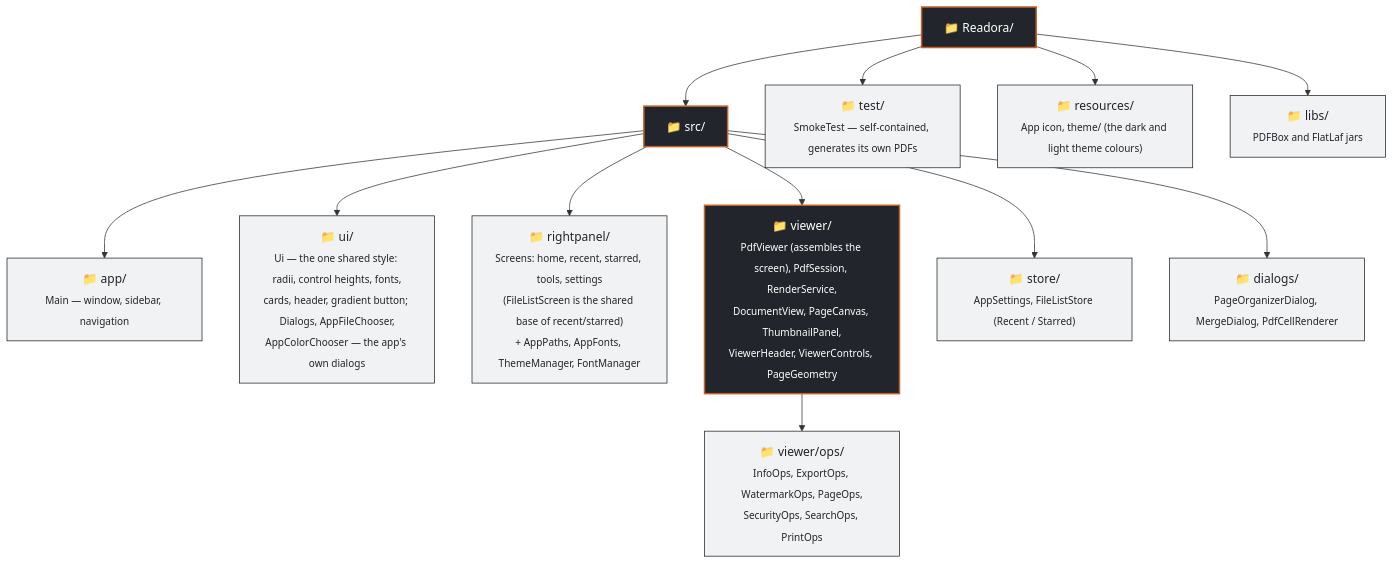
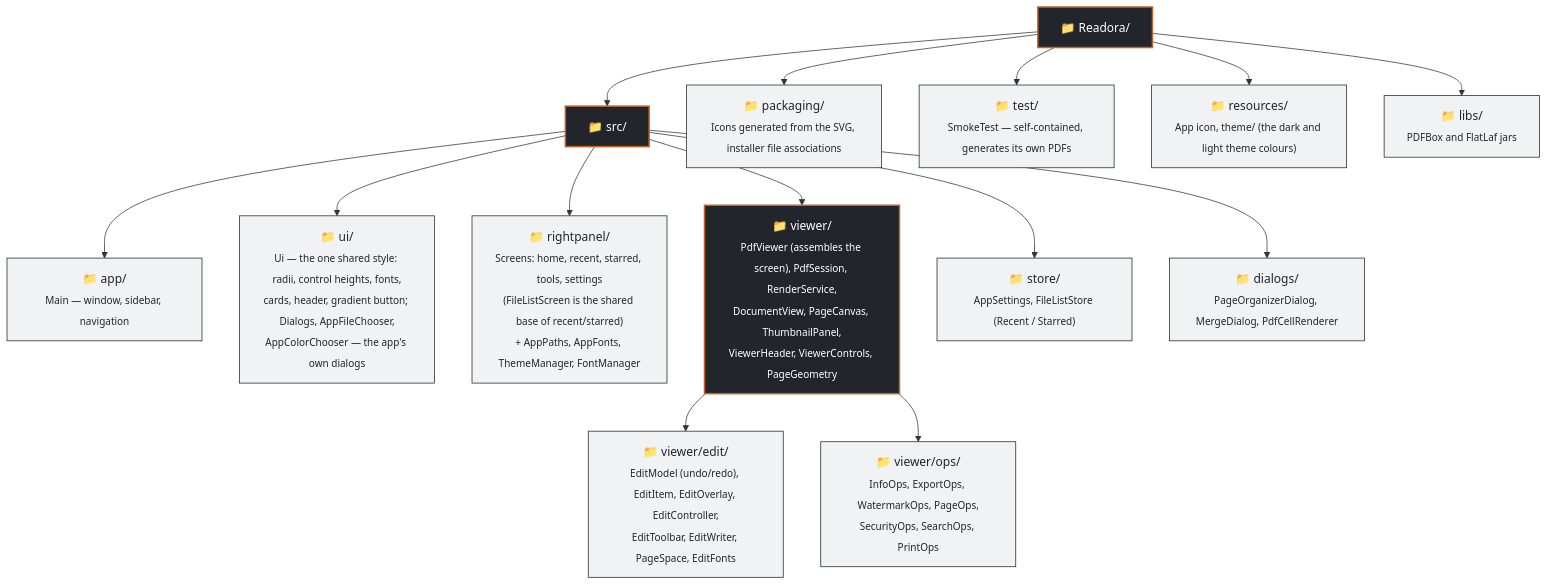
One commit to ayunater/readora changed the second of 2 diagrams in README.md. Above: the diagram before and after it, drawn with Mermaid. The commit also changed other lines of this file and 115 other files, not shown here.

First line of the commit message:
Editor, SVG icons, Open with, drag and drop

````diff
--- a/README.md
+++ b/README.md
@@ -134,28 +150,32 @@
 ```mermaid
 graph TD
     Root["📁 Readora/"]
     Root --> Src["📁 src/"]
     Src --> App["📁 app/<br/><sub>Main — window, sidebar, navigation</sub>"]
     Src --> UI["📁 ui/<br/><sub>Ui — the one shared style: radii, control heights, fonts,<br/>cards, header, gradient button; Dialogs, AppFileChooser,<br/>AppColorChooser — the app's own dialogs</sub>"]
     Src --> RP["📁 rightpanel/<br/><sub>Screens: home, recent, starred, tools, settings<br/>(FileListScreen is the shared base of recent/starred)<br/>+ AppPaths, AppFonts, ThemeManager, FontManager</sub>"]
     Src --> Viewer["📁 viewer/<br/><sub>PdfViewer (assembles the screen), PdfSession, RenderService,<br/>DocumentView, PageCanvas, ThumbnailPanel,<br/>ViewerHeader, ViewerControls, PageGeometry</sub>"]
+    Viewer --> Edit["📁 viewer/edit/<br/><sub>EditModel (undo/redo), EditItem, EditOverlay, EditController,<br/>EditToolbar, EditWriter, PageSpace, EditFonts</sub>"]
     Viewer --> Ops["📁 viewer/ops/<br/><sub>InfoOps, ExportOps, WatermarkOps, PageOps,<br/>SecurityOps, SearchOps, PrintOps</sub>"]
     Src --> Store["📁 store/<br/><sub>AppSettings, FileListStore (Recent / Starred)</sub>"]
     Src --> Dialogs["📁 dialogs/<br/><sub>PageOrganizerDialog, MergeDialog, PdfCellRenderer</sub>"]
+    Root --> Pack["📁 packaging/<br/><sub>Icons generated from the SVG, installer file associations</sub>"]
     Root --> Test["📁 test/<br/><sub>SmokeTest — self-contained, generates its own PDFs</sub>"]
     Root --> Resources["📁 resources/<br/><sub>App icon, theme/ (the dark and light theme colours)</sub>"]
     Root --> Libs["📁 libs/<br/><sub>PDFBox and FlatLaf jars</sub>"]
 
     style Root fill:#22252B,stroke:#C1622D,stroke-width:2px,color:#fff
     style Src fill:#22252B,stroke:#C1622D,stroke-width:2px,color:#fff
     style Viewer fill:#22252B,stroke:#C1622D,stroke-width:2px,color:#fff
     style App fill:#F1F2F4,stroke:#22252B,color:#22252B
     style UI fill:#F1F2F4,stroke:#22252B,color:#22252B
     style RP fill:#F1F2F4,stroke:#22252B,color:#22252B
     style Ops fill:#F1F2F4,stroke:#22252B,color:#22252B
     style Store fill:#F1F2F4,stroke:#22252B,color:#22252B
     style Dialogs fill:#F1F2F4,stroke:#22252B,color:#22252B
+    style Edit fill:#F1F2F4,stroke:#22252B,color:#22252B
+    style Pack fill:#F1F2F4,stroke:#22252B,color:#22252B
     style Test fill:#F1F2F4,stroke:#22252B,color:#22252B
     style Resources fill:#F1F2F4,stroke:#22252B,color:#22252B
     style Libs fill:#F1F2F4,stroke:#22252B,color:#22252B
 ```
````
